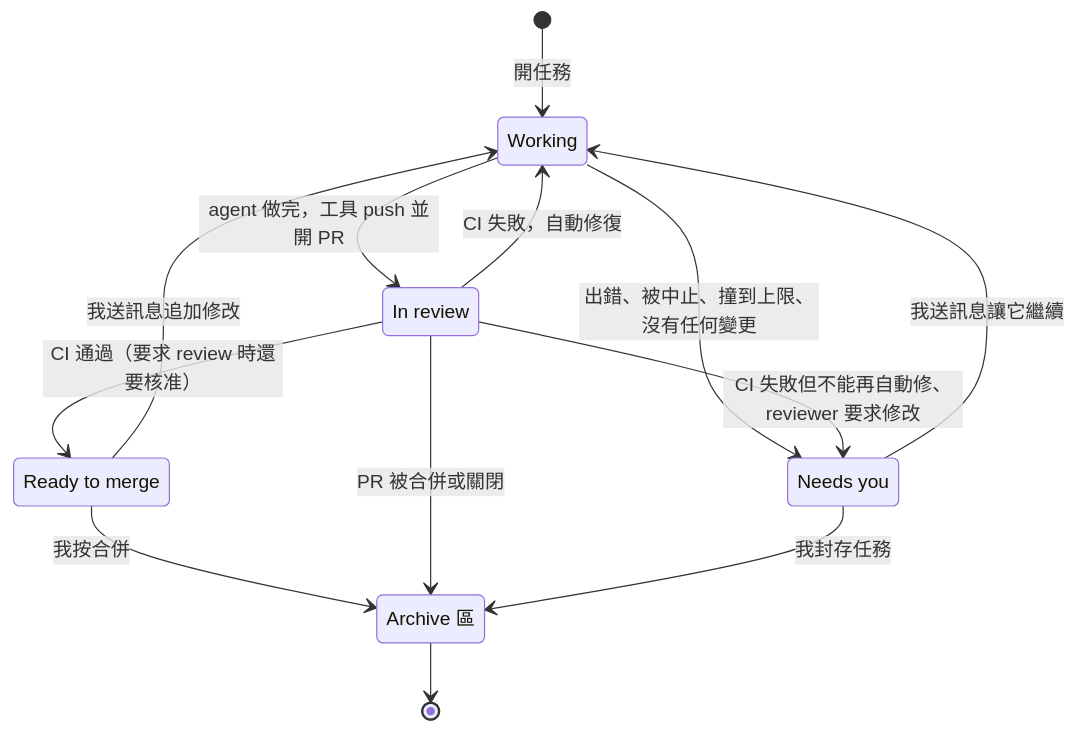
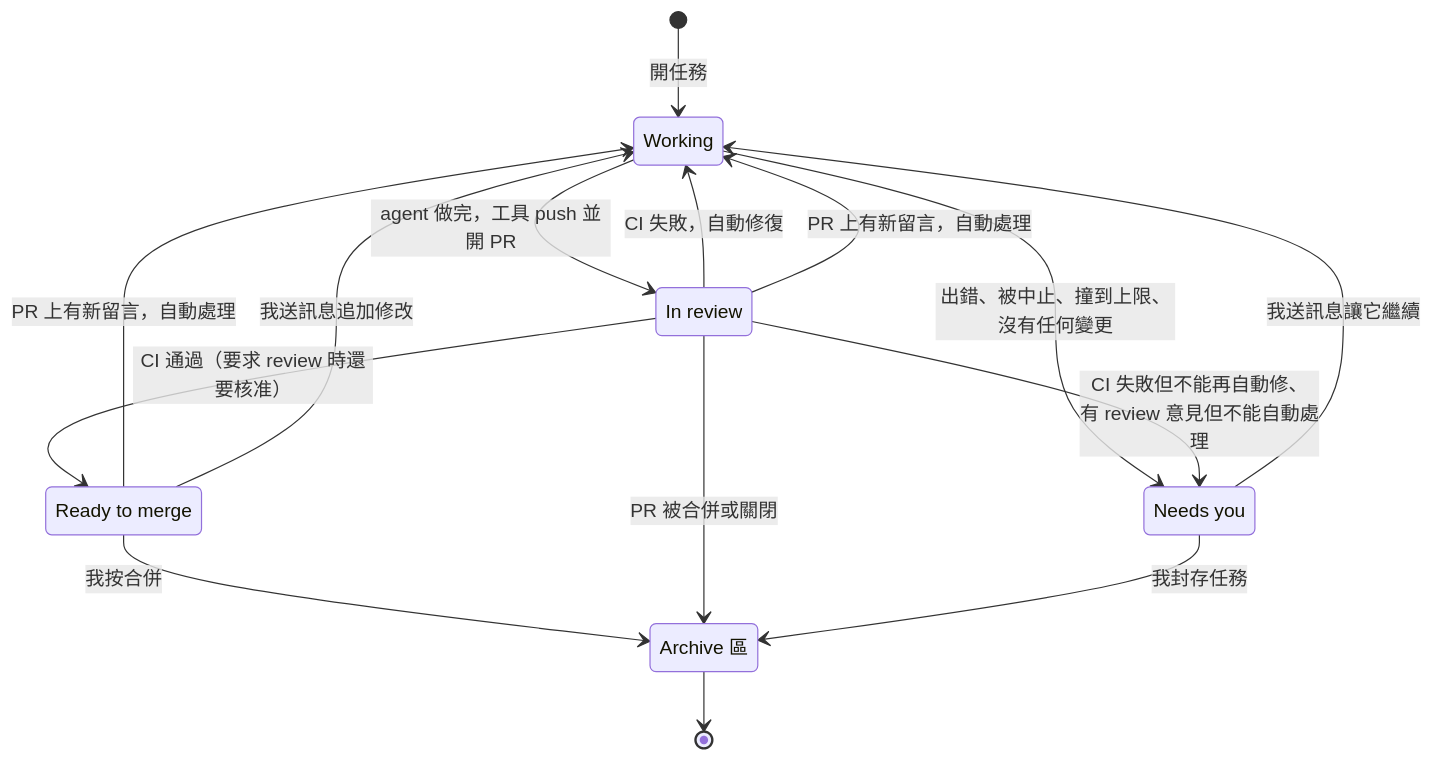
The sixth of 18 diagrams in docs/06-diagrams.md (ppoozine/agent-supervisor), drawn with Mermaid before and after one commit. The commit also changed other lines of this file and 5 other files, not shown here.

````diff
--- a/docs/06-diagrams.md
+++ b/docs/06-diagrams.md
@@ -241,21 +243,23 @@
 ```mermaid
 stateDiagram-v2
     state "Working" as Working
     state "In review" as InReview
     state "Needs you" as NeedsYou
     state "Ready to merge" as Ready
     state "Archive 區" as Archive
 
     [*] --> Working: 開任務
     Working --> InReview: agent 做完，工具 push 並開 PR
     Working --> NeedsYou: 出錯、被中止、撞到上限、沒有任何變更
     InReview --> Working: CI 失敗，自動修復
+    InReview --> Working: PR 上有新留言，自動處理
+    Ready --> Working: PR 上有新留言，自動處理
     InReview --> Ready: CI 通過（要求 review 時還要核准）
-    InReview --> NeedsYou: CI 失敗但不能再自動修、reviewer 要求修改
+    InReview --> NeedsYou: CI 失敗但不能再自動修、有 review 意見但不能自動處理
     NeedsYou --> Working: 我送訊息讓它繼續
     Ready --> Working: 我送訊息追加修改
     Ready --> Archive: 我按合併
     InReview --> Archive: PR 被合併或關閉
     NeedsYou --> Archive: 我封存任務
     Archive --> [*]
 ```
````
